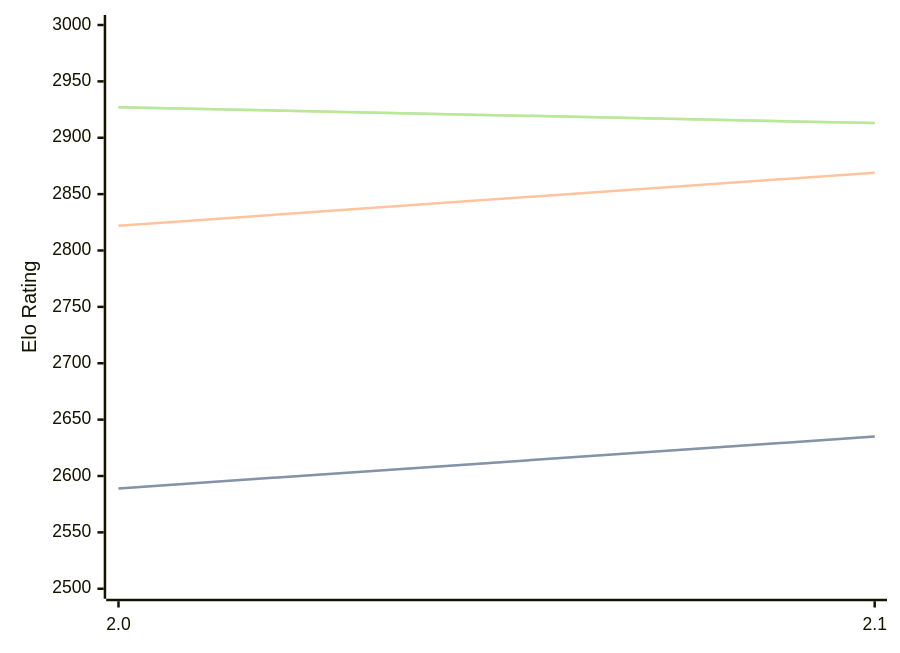
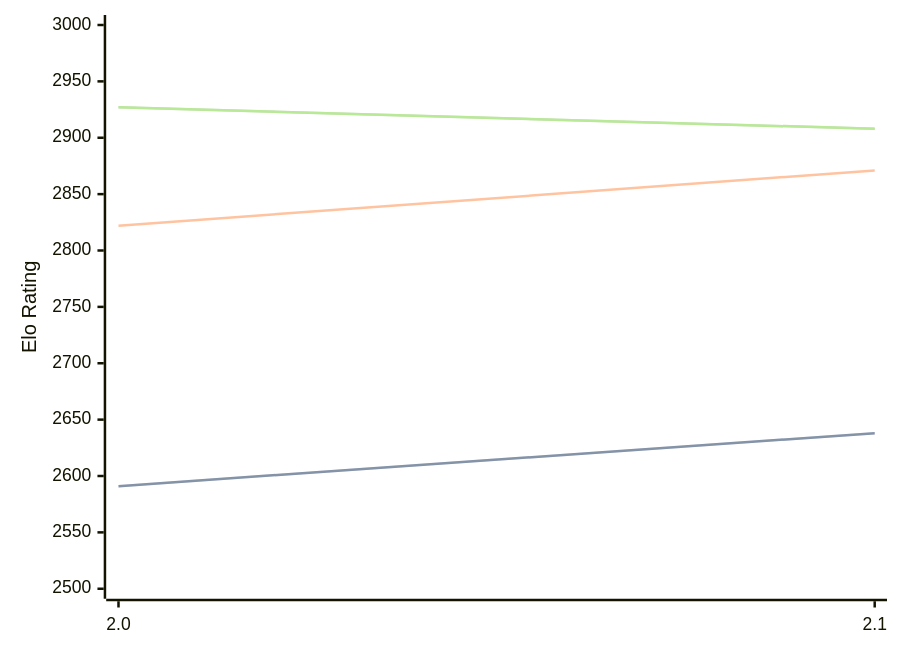
The diagram in engines/Noggin.md (computer-chess-index/cci), drawn with Mermaid before and after one commit. The commit also changed other lines of this file, not shown here.

Commit message:
Update CCI Ratings (ELO VLTC) - 2026-07-26

````diff
--- a/engines/Noggin.md
+++ b/engines/Noggin.md
@@ -33,11 +33,11 @@
 ```mermaid
 %%{init: {"theme":"base","themeVariables":{"seriesColors:['#a3a3a3','#222221','#faa371']}}}%%
 xychart-beta
   x-axis ["2.0", "2.1"]
   y-axis "Elo Rating" 2500 --> 3000
-  line "STC (8.0+0.08s)" [2589, 2635]
-  line "STC (8.0+0.08s)" [2589, 2635]
-  line "LTC (60.0+0.60s)" [2822, 2869]
-  line "VLTC (2m24s+1.12s)" [2927, 2913]
-  line "VLTC (2m24s+1.12s)" [2927, 2913]
+  line "STC (8.0+0.08s)" [2591, 2638]
+  line "STC (8.0+0.08s)" [2591, 2638]
+  line "LTC (60.0+0.60s)" [2822, 2871]
+  line "VLTC (2m24s+1.12s)" [2927, 2908]
+  line "VLTC (2m24s+1.12s)" [2927, 2908]
 ```
````
